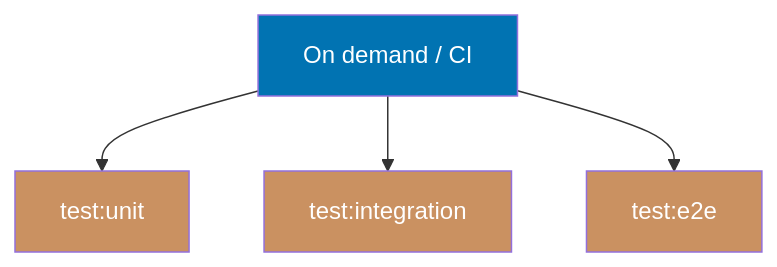
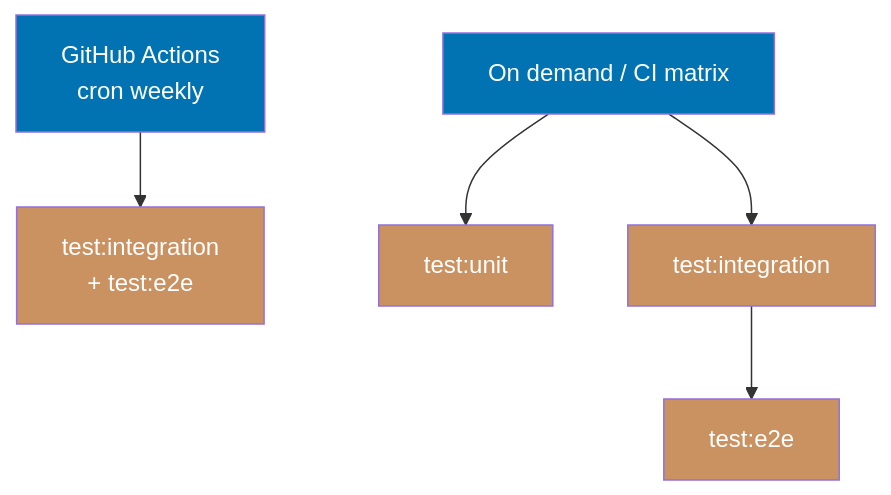
One commit to wahidyankf/ose-primer changed the second of 2 diagrams in repo-governance/development/infra/nx-targets.md. Above: the diagram before and after it, drawn with Mermaid. The commit also changed other lines of this file and 35 other files, not shown here.

````diff
--- a/repo-governance/development/infra/nx-targets.md
+++ b/repo-governance/development/infra/nx-targets.md
@@ -80,11 +63,15 @@
 ```mermaid
 flowchart TD
-    J[On demand / CI] --> K[test:unit]
+    H2["GitHub Actions<br/>cron weekly"] --> I2["test:integration<br/>+ test:e2e"]
+
+    J[On demand / CI matrix] --> K[test:unit]
     J --> L[test:integration]
-    J --> M[test:e2e]
+    L --> M[test:e2e]
 
+    style H2 fill:#0173B2,color:#fff
+    style I2 fill:#CA9161,color:#fff
     style J fill:#0173B2,color:#fff
     style K fill:#CA9161,color:#fff
     style L fill:#CA9161,color:#fff
     style M fill:#CA9161,color:#fff
 ```
````
